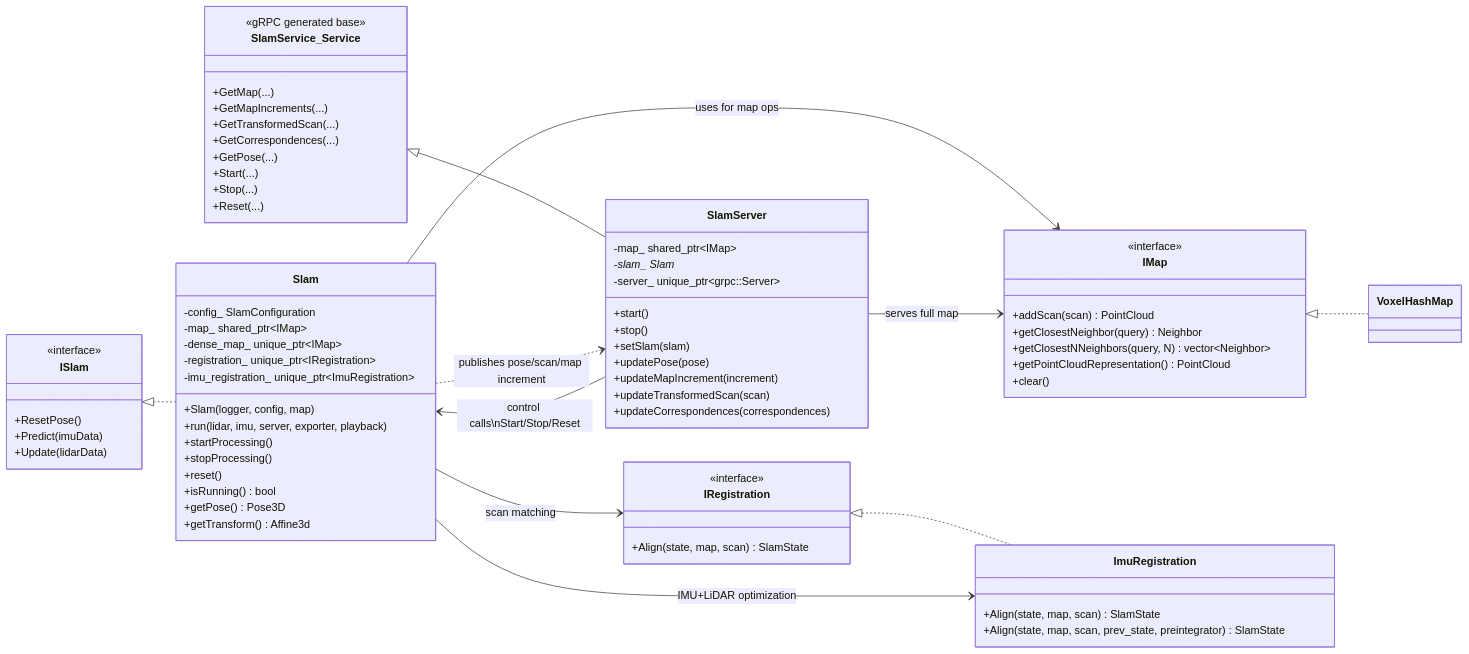
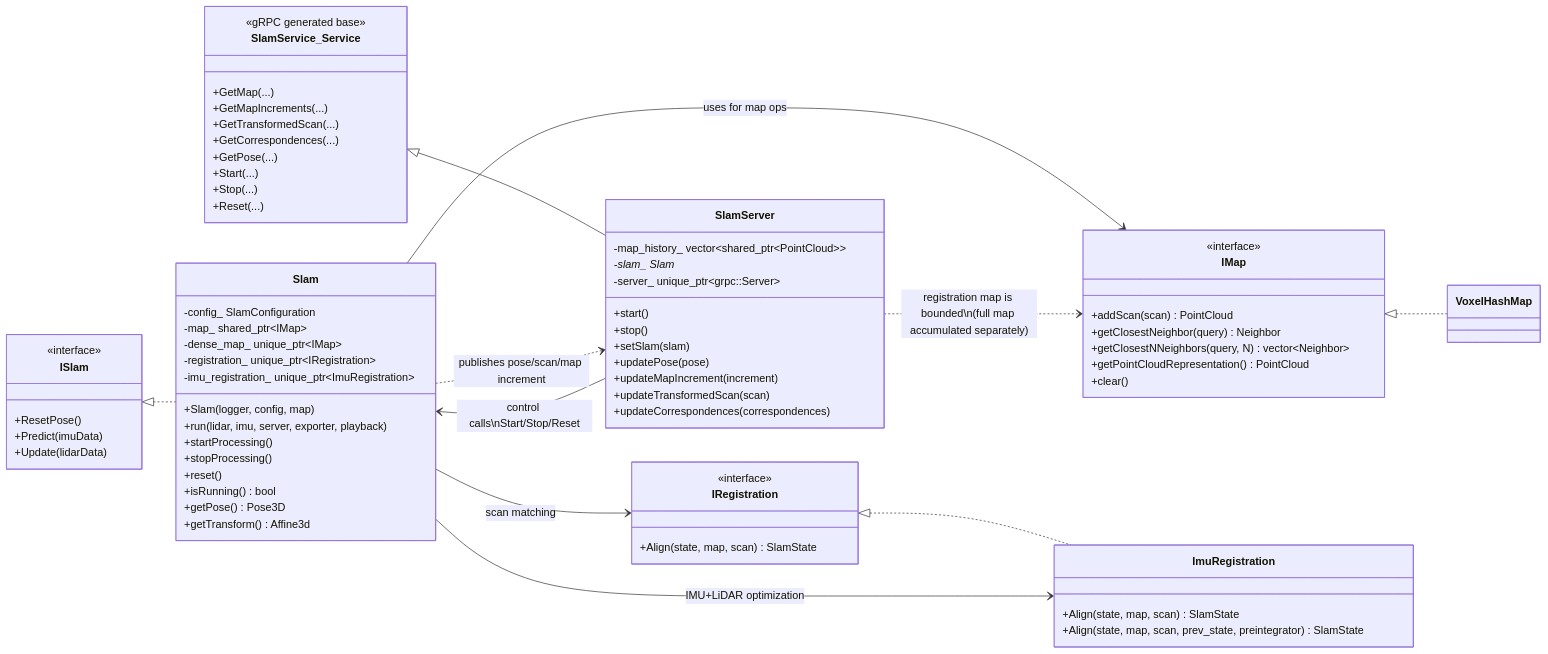
The diagram in docs/arch.md (Marcus-Forte/mslam), drawn with Mermaid before and after one commit. The commit also changed 30 other files, not shown here.

````diff
--- a/docs/arch.md
+++ b/docs/arch.md
@@ -79,7 +79,7 @@
 	+updateMapIncrement(increment)
 	+updateTransformedScan(scan)
 	+updateCorrespondences(correspondences)
-	-map_ shared_ptr~IMap~
+	-map_history_ vector~shared_ptr~PointCloud~~
 	-slam_ Slam*
 	-server_ unique_ptr~grpc::Server~
 }
@@ -94,5 +94,5 @@
 Slam --> ImuRegistration : IMU+LiDAR optimization
 Slam ..> SlamServer : publishes pose/scan/map increment
 SlamServer --> Slam : control calls\nStart/Stop/Reset
-SlamServer --> IMap : serves full map
+SlamServer ..> IMap : registration map is bounded\n(full map accumulated separately)
 ```
````
